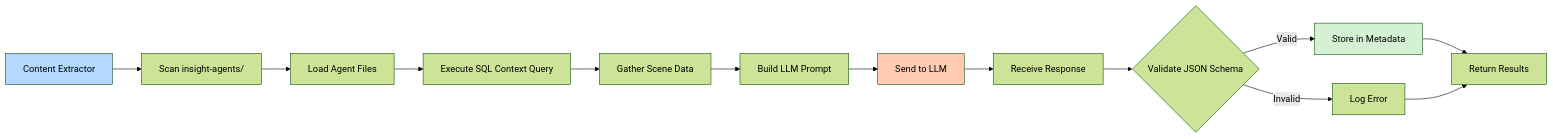
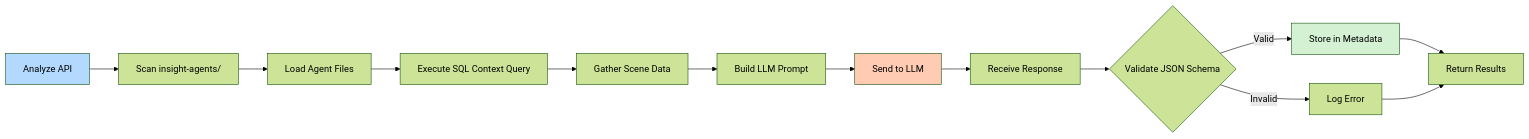
One commit to trieloff/scriptrag changed the fourth of 4 diagrams in ARCHITECTURE.md. Above: the diagram before and after it, drawn with Mermaid (forest theme). The commit also changed other lines of this file and 6 other files, not shown here.

First line of the commit message:
refactor(architecture): rename Content Extractor and Embedding Generator to Analyze API and Index API

````diff
--- a/ARCHITECTURE.md
+++ b/ARCHITECTURE.md
@@ -623,19 +632,19 @@
 ```mermaid
 flowchart LR
-    A[Content Extractor] --> B[Scan insight-agents/]
+    A[Analyze API] --> B[Scan insight-agents/]
     B --> C[Load Agent Files]
     C --> D[Execute SQL Context Query]
     D --> E[Gather Scene Data]
     E --> F[Build LLM Prompt]
     F --> G[Send to LLM]
     G --> H[Receive Response]
     H --> I{Validate JSON Schema}
     I -->|Valid| J[Store in Metadata]
     I -->|Invalid| K[Log Error]
     J --> L[Return Results]
     K --> L
 
     style A fill:#b3d9ff
     style G fill:#ffccb3
     style J fill:#d4f1d4
 ```
````
